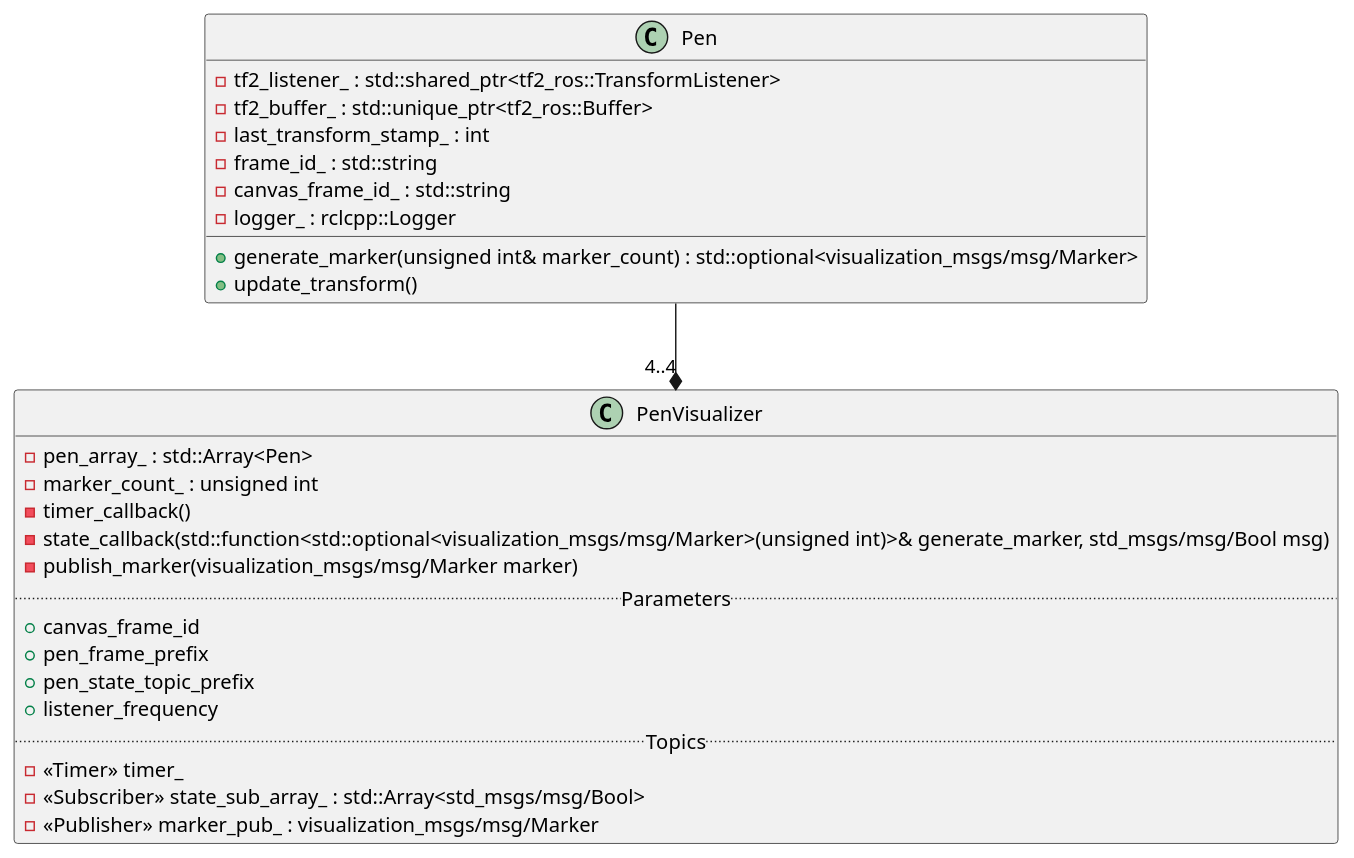
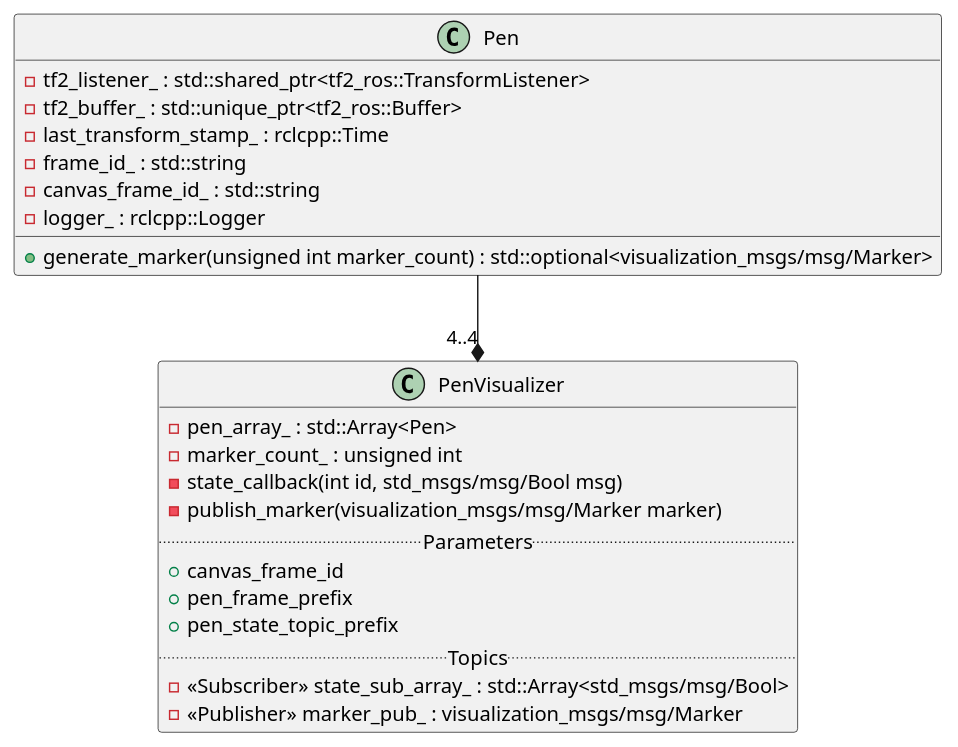
One commit to zbrotherton/RRC-RAI-ROS2 changed the first of 2 diagrams in docs/puml/pen_visualizer.puml. Above: the diagram before and after it, drawn with PlantUML. The commit also changed other lines of this file and 4 other files, not shown here.

```diff
--- a/docs/puml/pen_visualizer.puml
+++ b/docs/puml/pen_visualizer.puml
@@ -1,32 +1,28 @@
 @startuml PenVisualizerClass
 
 class Pen{
     -tf2_listener_ : std::shared_ptr<tf2_ros::TransformListener>
     -tf2_buffer_ : std::unique_ptr<tf2_ros::Buffer>
-    -last_transform_stamp_ : int
+    -last_transform_stamp_ : rclcpp::Time 
     -frame_id_ : std::string
     -canvas_frame_id_ : std::string
     -logger_ : rclcpp::Logger
-    +generate_marker(unsigned int& marker_count) : std::optional<visualization_msgs/msg/Marker>
-    +update_transform()
+    +generate_marker(unsigned int marker_count) : std::optional<visualization_msgs/msg/Marker>
 }
 
 class PenVisualizer{
     -pen_array_ : std::Array<Pen>
     -marker_count_ : unsigned int
-    -timer_callback()
-    -state_callback(std::function<std::optional<visualization_msgs/msg/Marker>(unsigned int)>& generate_marker, std_msgs/msg/Bool msg)
+    -state_callback(int id, std_msgs/msg/Bool msg)
     -publish_marker(visualization_msgs/msg/Marker marker)
     .. Parameters ..
     +canvas_frame_id
     +pen_frame_prefix
     +pen_state_topic_prefix
-    +listener_frequency
     .. Topics ..
-    -<<Timer>> timer_
     -<<Subscriber>> state_sub_array_ : std::Array<std_msgs/msg/Bool>
     -<<Publisher>> marker_pub_ : visualization_msgs/msg/Marker
 }
 
 Pen --* "4..4" PenVisualizer
 @enduml
```
